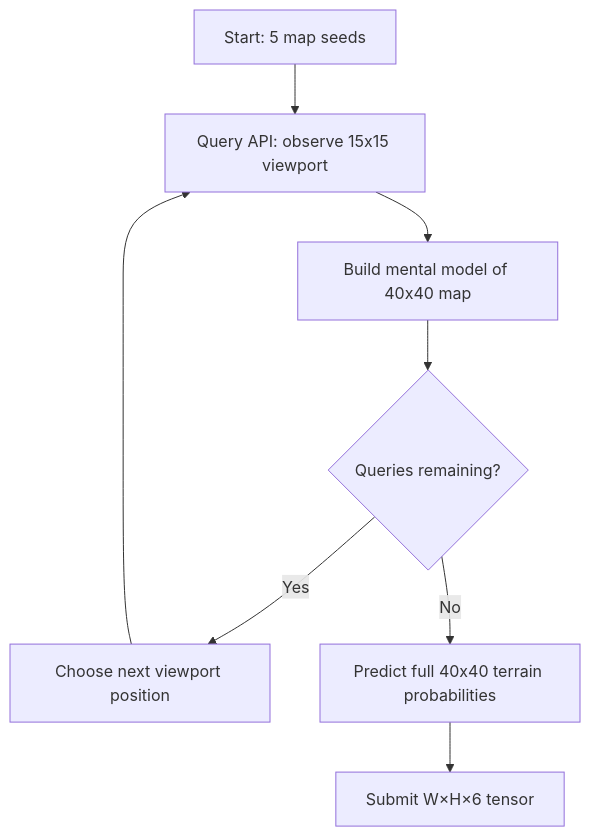
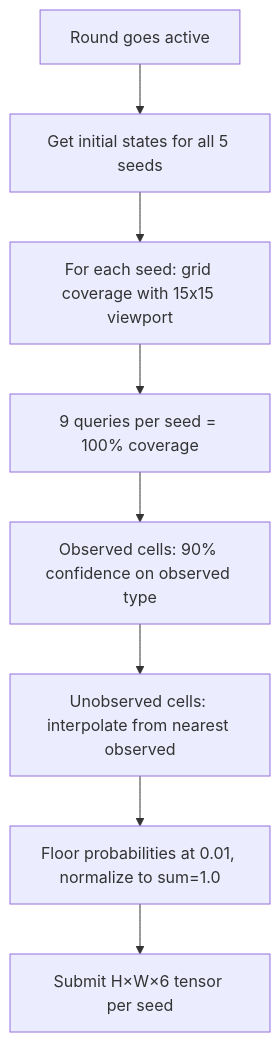
The diagram in docs/tasks/task3.md (Stig-Johnny/nm-i-ai-2026), drawn with Mermaid before and after one commit. The commit also changed other lines of this file and 3 other files, not shown here.

````diff
--- a/docs/tasks/task3.md
+++ b/docs/tasks/task3.md
@@ -21,10 +24,10 @@
 ```mermaid
 flowchart TD
-    A[Start: 5 map seeds] --> B[Query API: observe 15x15 viewport]
-    B --> C[Build mental model of 40x40 map]
-    C --> D{Queries remaining?}
-    D -->|Yes| E[Choose next viewport position]
-    E --> B
-    D -->|No| F[Predict full 40x40 terrain probabilities]
-    F --> G[Submit W×H×6 tensor]
+    A[Round goes active] --> B[Get initial states for all 5 seeds]
+    B --> C[For each seed: grid coverage with 15x15 viewport]
+    C --> D[9 queries per seed = 100% coverage]
+    D --> E[Observed cells: 90% confidence on observed type]
+    E --> F[Unobserved cells: interpolate from nearest observed]
+    F --> G[Floor probabilities at 0.01, normalize to sum=1.0]
+    G --> H[Submit H×W×6 tensor per seed]
 ```
````
